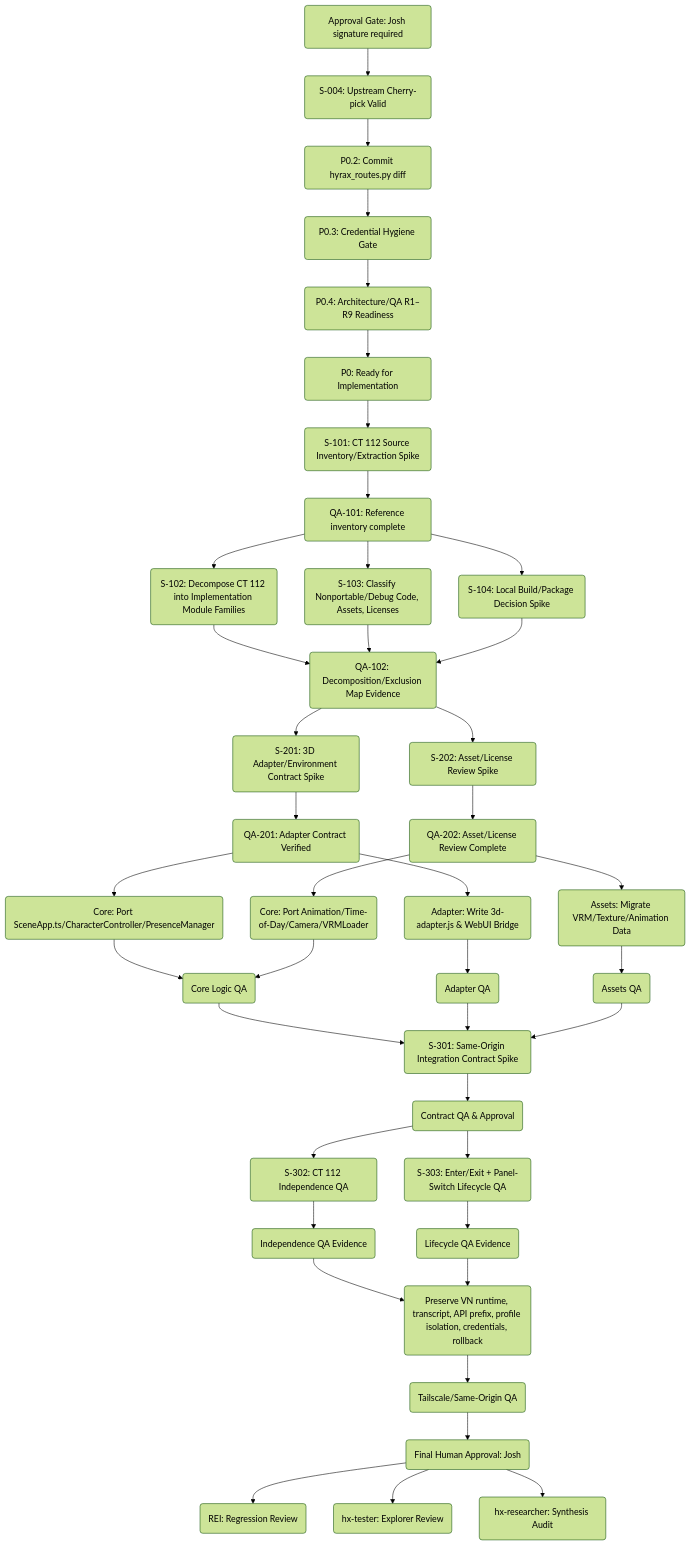
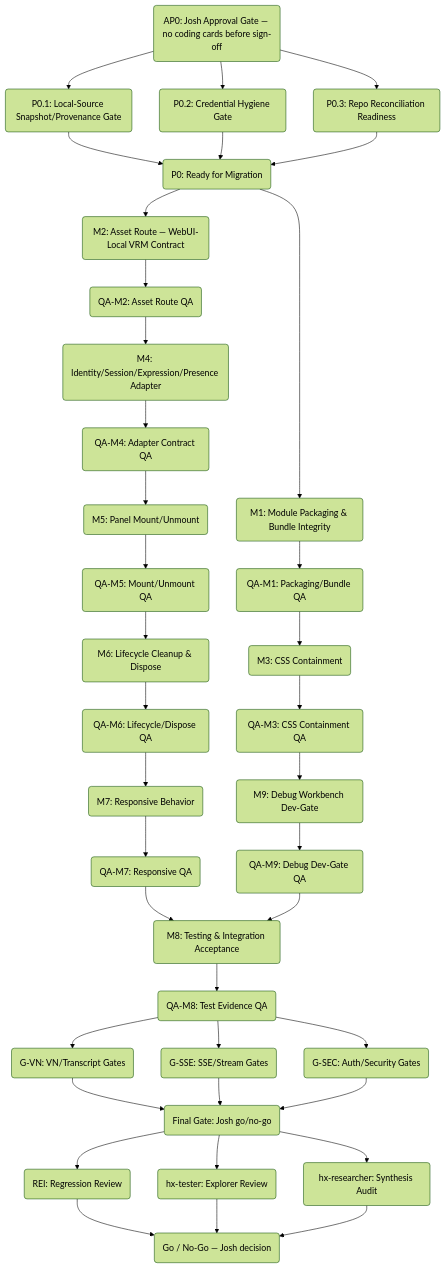
The first of 2 diagrams in .hermes/plans/2026-07-22-hq-vn-3d-implementation-dag.md (joshhmann/hermes-webui-hyrax), drawn with Mermaid (forest theme) before and after one commit. The commit also changed other lines of this file and 3 other files, not shown here.

First line of the commit message:
docs: migration status, interactables spec, DAG rewrite, VRM audit

````diff
--- a/.hermes/plans/2026-07-22-hq-vn-3d-implementation-dag.md
+++ b/.hermes/plans/2026-07-22-hq-vn-3d-implementation-dag.md
@@ -25,83 +104,54 @@
 ```mermaid
 graph TD
-    AP0(Approval Gate: Josh signature required):::gate
+    AP0(AP0: Josh Approval Gate — no coding cards before sign-off):::gate
 
-    %% Phase 0 — Stabilization & Readiness
-    P0_s004(S-004: Upstream Cherry-pick Valid):::spike
-    P0_rdiff(P0.2: Commit hyrax_routes.py diff):::infra
-    P0_creds(P0.3: Credential Hygiene Gate):::infra
-    P0_rspec(P0.4: Architecture/QA R1–R9 Readiness):::infra
-    P0_ready(P0: Ready for Implementation):::gate
+    %% Phase 0 — Local-Source Provenance & Readiness
+    P0_snap(P0.1: Local-Source Snapshot/Provenance Gate):::spike
+    P0_creds(P0.2: Credential Hygiene Gate):::infra
+    P0_recon(P0.3: Repo Reconciliation Readiness):::infra
+    P0_ready(P0: Ready for Migration):::gate
 
-    AP0 --> P0_s004
-    P0_s004 --> P0_rdiff
-    P0_rdiff --> P0_creds
-    P0_creds --> P0_rspec
-    P0_rspec --> P0_ready
+    AP0 --> P0_snap
+    AP0 --> P0_creds
+    AP0 --> P0_recon
+    P0_snap --> P0_ready
+    P0_creds --> P0_ready
+    P0_recon --> P0_ready
 
-    %% Phase 1 — Donor System Extraction & Inventory (Pre-implementation spikes)
-    S1_inventory(S-101: CT 112 Source Inventory/Extraction Spike):::spike
-    QA0_inv(QA-101: Reference inventory complete):::qa
-    P0_ready --> S1_inventory
-    S1_inventory --> QA0_inv
+    %% Phase 1 — Bounded Migration Cards (verify/close-out, XS/S/M)
+    P0_ready --> M1_pkg(M1: Module Packaging & Bundle Integrity):::impl
+    P0_ready --> M2_asset(M2: Asset Route — WebUI-Local VRM Contract):::impl
+    M1_pkg --> QA1_pkg(QA-M1: Packaging/Bundle QA):::qa
+    M2_asset --> QA2_asset(QA-M2: Asset Route QA):::qa
+    QA1_pkg --> M3_css(M3: CSS Containment):::impl
+    QA2_asset --> M4_adapter(M4: Identity/Session/Expression/Presence Adapter):::impl
+    M3_css --> QA3_css(QA-M3: CSS Containment QA):::qa
+    M4_adapter --> QA4_adapter(QA-M4: Adapter Contract QA):::qa
+    QA3_css --> M9_debug(M9: Debug Workbench Dev-Gate):::impl
+    QA4_adapter --> M5_mount(M5: Panel Mount/Unmount):::impl
+    M9_debug --> QA9_debug(QA-M9: Debug Dev-Gate QA):::qa
+    M5_mount --> QA5_mount(QA-M5: Mount/Unmount QA):::qa
+    QA5_mount --> M6_lifecycle(M6: Lifecycle Cleanup & Dispose):::impl
+    M6_lifecycle --> QA6_lifecycle(QA-M6: Lifecycle/Dispose QA):::qa
+    QA6_lifecycle --> M7_resp(M7: Responsive Behavior):::impl
+    M7_resp --> QA7_resp(QA-M7: Responsive QA):::qa
+    QA7_resp --> M8_test(M8: Testing & Integration Acceptance):::impl
+    QA9_debug --> M8_test
+    M8_test --> QA8_test(QA-M8: Test Evidence QA):::qa
 
-    %% Phase 2 — 3D Decomposition & Local Packaging Plan
-    S2_decomp(S-102: Decompose CT 112 into Implementation Module Families):::spike
-    S2_exclude(S-103: Classify Nonportable/Debug Code, Assets, Licenses):::spike
-    S2_build(S-104: Local Build/Package Decision Spike):::spike
-    QA0_inv --> S2_decomp
-    QA0_inv --> S2_exclude
-    QA0_inv --> S2_build
-    S2_decomp --> QA1_decomp(QA-102: Decomposition/Exclusion Map Evidence):::qa
-    S2_exclude --> QA1_decomp
-    S2_build --> QA1_decomp
+    %% Phase 2 — Preserved VN/SSE/Transcript/Auth/Security Gates
+    QA8_test --> G_vn(G-VN: VN/Transcript Gates):::gate
+    QA8_test --> G_sse(G-SSE: SSE/Stream Gates):::gate
+    QA8_test --> G_sec(G-SEC: Auth/Security Gates):::gate
+    G_vn --> FINALGATE(Final Gate: Josh go/no-go):::gate
+    G_sse --> FINALGATE
+    G_sec --> FINALGATE
 
-    %% Phase 3 — Local 3D Port Preparation Spikes
-    S3_adapter(S-201: 3D Adapter/Environment Contract Spike):::spike
-    S3_assets(S-202: Asset/License Review Spike):::spike
-    QA1_decomp --> S3_adapter
-    QA1_decomp --> S3_assets
-    S3_adapter --> QA2_adapter(QA-201: Adapter Contract Verified):::qa
-    S3_assets --> QA2_assets(QA-202: Asset/License Review Complete):::qa
-
-    %% Phase 4 — Local Implementation Cards (no L/XL)
-    IL1_scene(Core: Port SceneApp.ts/CharacterController/PresenceManager):::impl
-    IL2_anim(Core: Port Animation/Time-of-Day/Camera/VRMLoader):::impl
-    IL3_adapter(Adapter: Write 3d-adapter.js & WebUI Bridge):::impl
-    IL4_assets(Assets: Migrate VRM/Texture/Animation Data):::impl
-    QA2_adapter --> IL1_scene
-    QA2_assets --> IL2_anim
-    QA2_adapter --> IL3_adapter
-    QA2_assets --> IL4_assets
-    IL1_scene --> QA3_local(Core Logic QA):::qa
-    IL2_anim --> QA3_local
-    IL3_adapter --> QA3_adapter(Adapter QA):::qa
-    IL4_assets --> QA3_assets(Assets QA):::qa
-
-    %% Phase 5 — Same-Origin Integration Contract
-    S4_contract(S-301: Same-Origin Integration Contract Spike):::spike
-    QA3_local --> S4_contract
-    QA3_adapter --> S4_contract
-    QA3_assets --> S4_contract
-    S4_contract --> QA4_contract(Contract QA & Approval):::qa
-
-    %% Phase 6 — Local HQ/VN/3D State & Lifecycle QA
-    S5_indep(S-302: CT 112 Independence QA):::spike
-    S5_enterexit(S-303: Enter/Exit + Panel-Switch Lifecycle QA):::spike
-    QA4_contract --> S5_indep
-    QA4_contract --> S5_enterexit
-    S5_indep --> QA5_indep(Independence QA Evidence):::qa
-    S5_enterexit --> QA5_lifecycle(Lifecycle QA Evidence):::qa
-
-    %% Phase 7 — Legacy/Reference Decommission & Blocker QA
-    S6_blockers(Preserve VN runtime, transcript, API prefix, profile isolation, credentials, rollback):::spec
-    QA5_indep --> S6_blockers
-    QA5_lifecycle --> S6_blockers
-    S6_blockers --> S7_tailscale(Tailscale/Same-Origin QA):::qa
-    S7_tailscale --> FINALGATE(Final Human Approval: Josh):::gate
-
-    %% Post-build Review/Fanout (No cutover implementation until approval)
+    %% Phase 3 — Final Parallel Fan-Out
     FINALGATE --> RF_rei(REI: Regression Review)
     FINALGATE --> RF_tester(hx-tester: Explorer Review)
     FINALGATE --> RF_researcher(hx-researcher: Synthesis Audit)
+    RF_rei --> G_go(Go / No-Go — Josh decision):::gate
+    RF_tester --> G_go
+    RF_researcher --> G_go
 ```
````
